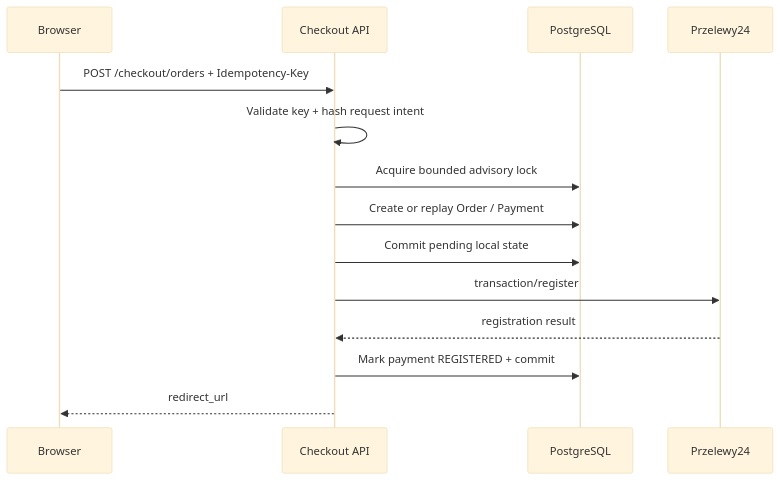
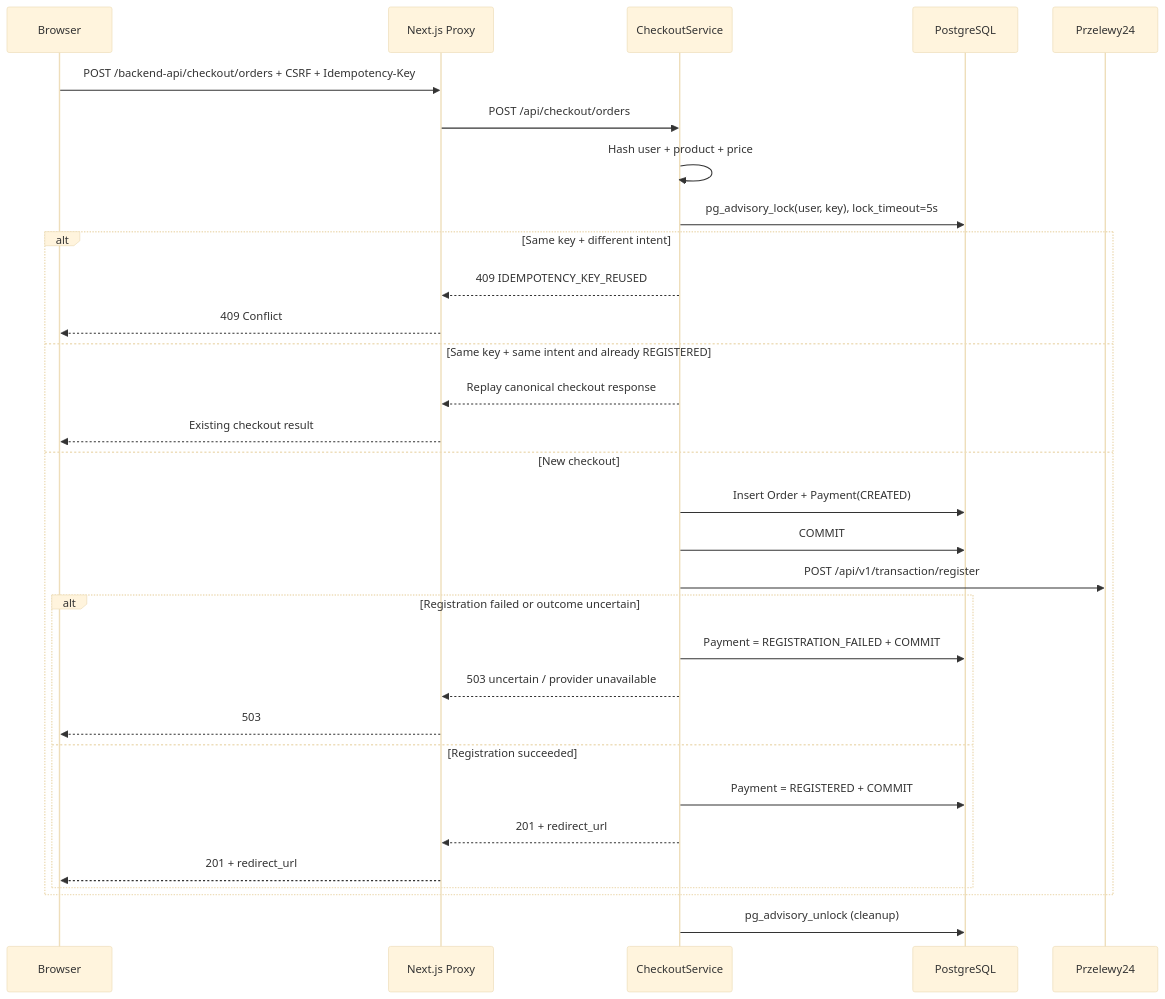
Before and after one commit to przegonoskar/90-days-challenge-case-study: the second of 3 diagrams in README.md, drawn with Mermaid (base theme). The commit also changed other lines of this file and 2 other files, not shown here.

````diff
--- a/README.md
+++ b/README.md
@@ -180,17 +187,37 @@
 ```mermaid
 sequenceDiagram
     participant B as Browser
-    participant API as Checkout API
+    participant NX as Next.js Proxy
+    participant S as CheckoutService
     participant DB as PostgreSQL
     participant P24 as Przelewy24
 
-    B->>API: POST /checkout/orders + Idempotency-Key
-    API->>API: Validate key + hash request intent
-    API->>DB: Acquire bounded advisory lock
-    API->>DB: Create or replay Order / Payment
-    API->>DB: Commit pending local state
-    API->>P24: transaction/register
-    P24-->>API: registration result
-    API->>DB: Mark payment REGISTERED + commit
-    API-->>B: redirect_url
+    B->>NX: POST /backend-api/checkout/orders + CSRF + Idempotency-Key
+    NX->>S: POST /api/checkout/orders
+    S->>S: Hash user + product + price
+    S->>DB: pg_advisory_lock(user, key), lock_timeout=5s
+
+    alt Same key + different intent
+        S-->>NX: 409 IDEMPOTENCY_KEY_REUSED
+        NX-->>B: 409 Conflict
+    else Same key + same intent and already REGISTERED
+        S-->>NX: Replay canonical checkout response
+        NX-->>B: Existing checkout result
+    else New checkout
+        S->>DB: Insert Order + Payment(CREATED)
+        S->>DB: COMMIT
+        S->>P24: POST /api/v1/transaction/register
+
+        alt Registration failed or outcome uncertain
+            S->>DB: Payment = REGISTRATION_FAILED + COMMIT
+            S-->>NX: 503 uncertain / provider unavailable
+            NX-->>B: 503
+        else Registration succeeded
+            S->>DB: Payment = REGISTERED + COMMIT
+            S-->>NX: 201 + redirect_url
+            NX-->>B: 201 + redirect_url
+        end
+    end
+
+    S->>DB: pg_advisory_unlock (cleanup)
 ```
````
